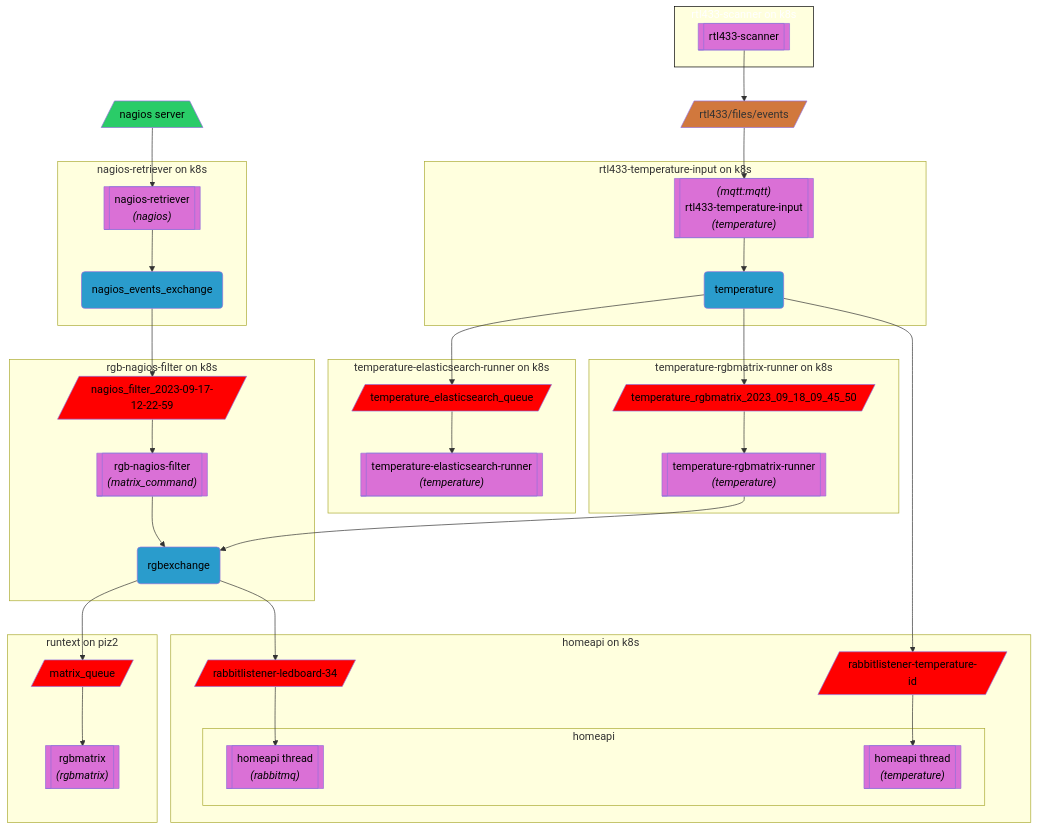
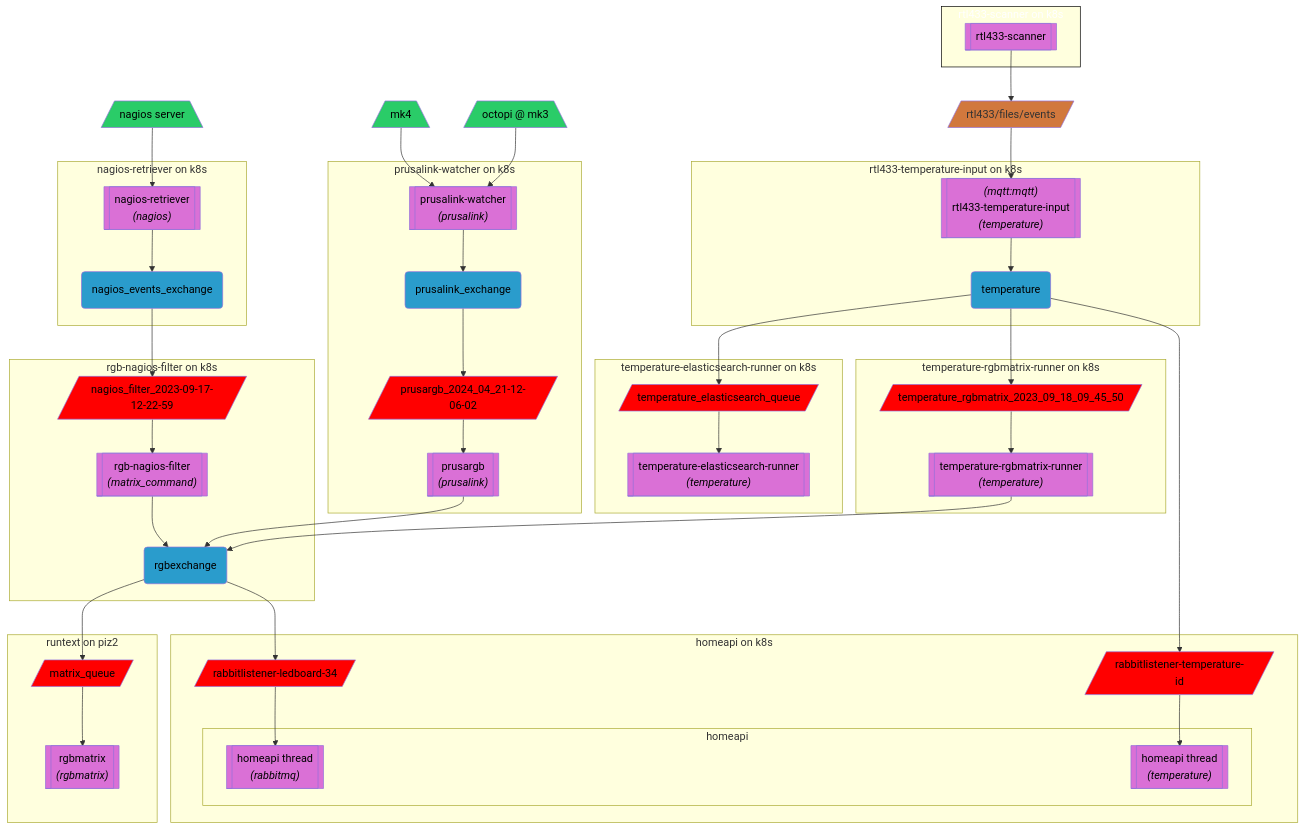
One commit to mmaschenk/homeapi changed the second of 2 diagrams in README.md. Above: the diagram before and after it, drawn with Mermaid. The commit also changed 6 other files, not shown here.

```diff
--- a/README.md
+++ b/README.md
@@ -57,8 +57,13 @@
     classDef mqtt fill:#d1783dff;
     style box color:#fff,stroke:#000;
 
+
+    
     nagios_server[/nagios server\]:::server --> nagios_retriever[["`nagios-retriever
     *(nagios)*`"]]
+
+    mk4[/mk4\]:::server --> watcher
+    mk3[/octopi @ mk3\]:::server --> watcher
 
     subgraph retriever[nagios-retriever on k8s]
         nagios_retriever:::script --> nagios_events_exchange(nagios_events_exchange):::exchange
@@ -69,6 +74,21 @@
         *(matrix_command)*`"]]
         nagios_filter:::script --> rgbexchange(rgbexchange):::exchange
     end
+
+    watcher[["`prusalink-watcher
+        *(prusalink)*`"]]
+    subgraph prusalinkwatcher[prusalink-watcher on k8s]
+        watcher:::script --> prusalinkexchange(prusalink_exchange):::exchange
+
+        prusalinkexchange --> prusargbqueue[/prusargb_2024_04_21-12-06-02/]:::queue
+        
+        prusargbqueue --> prusargb[["`prusargb
+        *(prusalink)*`"]]
+        prusargb:::script
+
+        prusargb --> rgbexchange
+    end
+
 
     temperature --> rabbitlistener_temperature
     rgbexchange --> rabbitlistener_ledboard
```
